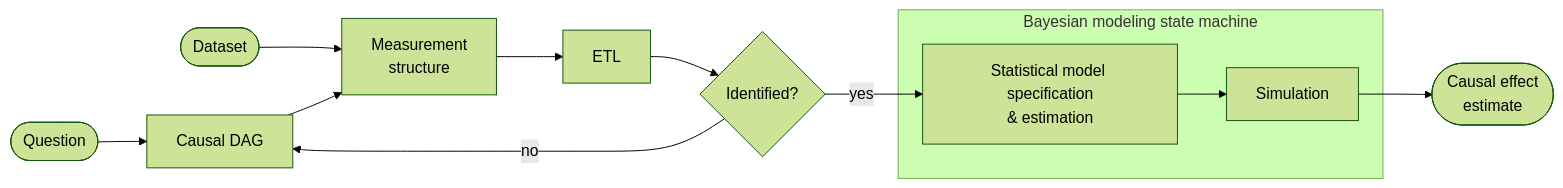
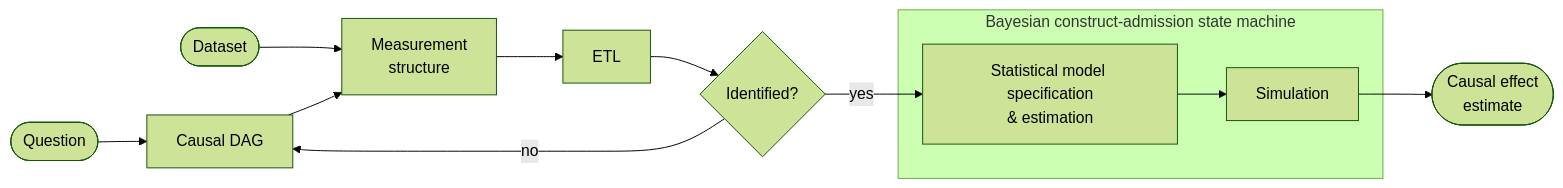
Before and after one commit to ma9o/causal-ssm-agent: the diagram in README.md, drawn with Mermaid (forest theme). The commit also changed other lines of this file and 291 other files, not shown here.

First line of the commit message:
Rebuild model specification around parallel construct admission

````diff
--- a/README.md
+++ b/README.md
@@ -16,21 +16,21 @@
 ```mermaid
 flowchart LR
   Q(["Question"])
   DS(["Dataset"])
   L["Causal DAG"]
   M["Measurement\nstructure"]
   ID{"Identified?"}
   MS["Statistical model specification\n& estimation"]
   SIM["Simulation"]
   R(["Causal effect\nestimate"])
 
   Q --> L 
   DS --> M 
   L --> M --> ETL --> ID
   ID -- yes --> MS
-  subgraph Bayesian modeling state machine 
+  subgraph Bayesian construct-admission state machine
   MS --> SIM
   end
   SIM --> R
   ID -- no --> L
 ```
````
